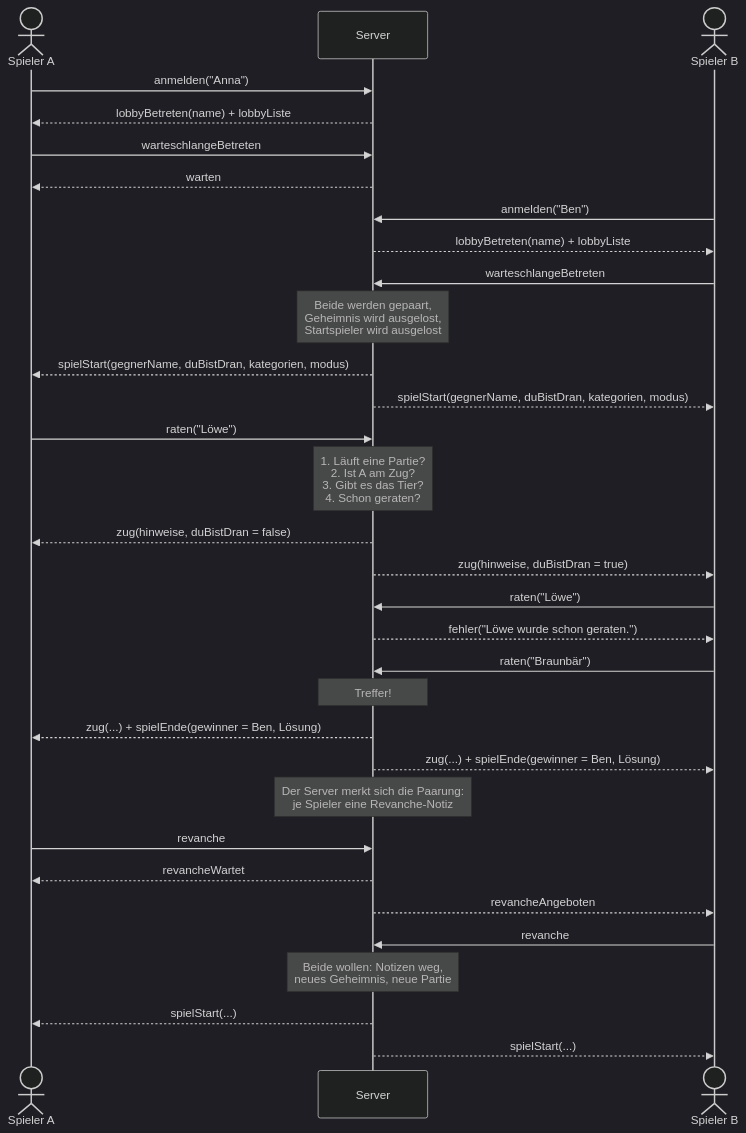
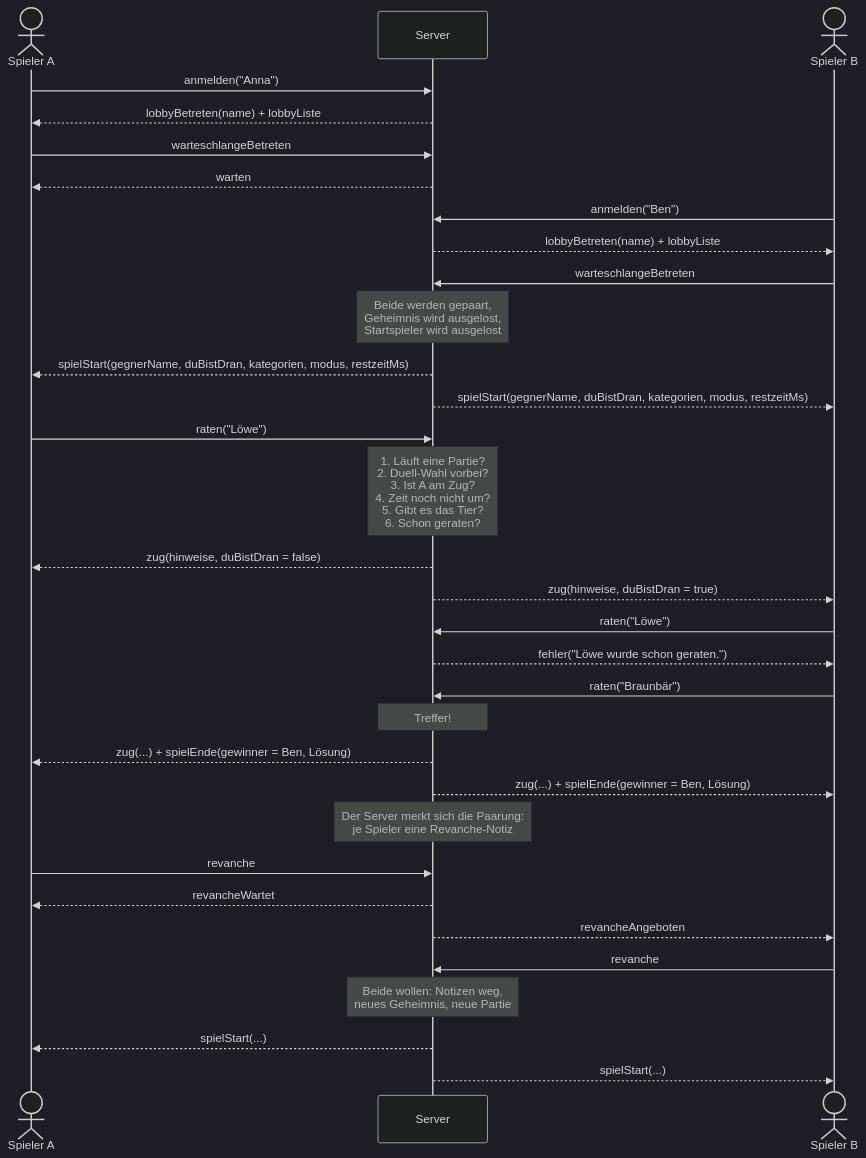
One commit to Kina4You/zoodle-abgabe changed the second of 5 diagrams in README.md. Above: the diagram before and after it, drawn with Mermaid (dark theme). The commit also changed other lines of this file and 49 other files, not shown here.

````diff
--- a/README.md
+++ b/README.md
@@ -323,42 +454,42 @@
 ```mermaid
 sequenceDiagram
     actor A as Spieler A
     participant S as Server
     actor B as Spieler B
 
     A->>S: anmelden("Anna")
     S-->>A: lobbyBetreten(name) + lobbyListe
     A->>S: warteschlangeBetreten
     S-->>A: warten
 
     B->>S: anmelden("Ben")
     S-->>B: lobbyBetreten(name) + lobbyListe
     B->>S: warteschlangeBetreten
     Note over S: Beide werden gepaart,<br/>Geheimnis wird ausgelost,<br/>Startspieler wird ausgelost
 
-    S-->>A: spielStart(gegnerName, duBistDran, kategorien, modus)
-    S-->>B: spielStart(gegnerName, duBistDran, kategorien, modus)
+    S-->>A: spielStart(gegnerName, duBistDran, kategorien, modus, restzeitMs)
+    S-->>B: spielStart(gegnerName, duBistDran, kategorien, modus, restzeitMs)
 
     A->>S: raten("Löwe")
-    Note over S: 1. Läuft eine Partie?<br/>2. Ist A am Zug?<br/>3. Gibt es das Tier?<br/>4. Schon geraten?
+    Note over S: 1. Läuft eine Partie?<br/>2. Duell-Wahl vorbei?<br/>3. Ist A am Zug?<br/>4. Zeit noch nicht um?<br/>5. Gibt es das Tier?<br/>6. Schon geraten?
     S-->>A: zug(hinweise, duBistDran = false)
     S-->>B: zug(hinweise, duBistDran = true)
 
     B->>S: raten("Löwe")
     S-->>B: fehler("Löwe wurde schon geraten.")
 
     B->>S: raten("Braunbär")
     Note over S: Treffer!
     S-->>A: zug(...) + spielEnde(gewinner = Ben, Lösung)
     S-->>B: zug(...) + spielEnde(gewinner = Ben, Lösung)
     Note over S: Der Server merkt sich die Paarung:<br/>je Spieler eine Revanche-Notiz
 
     A->>S: revanche
     S-->>A: revancheWartet
     S-->>B: revancheAngeboten
 
     B->>S: revanche
     Note over S: Beide wollen: Notizen weg,<br/>neues Geheimnis, neue Partie
     S-->>A: spielStart(...)
     S-->>B: spielStart(...)
 ```
````
